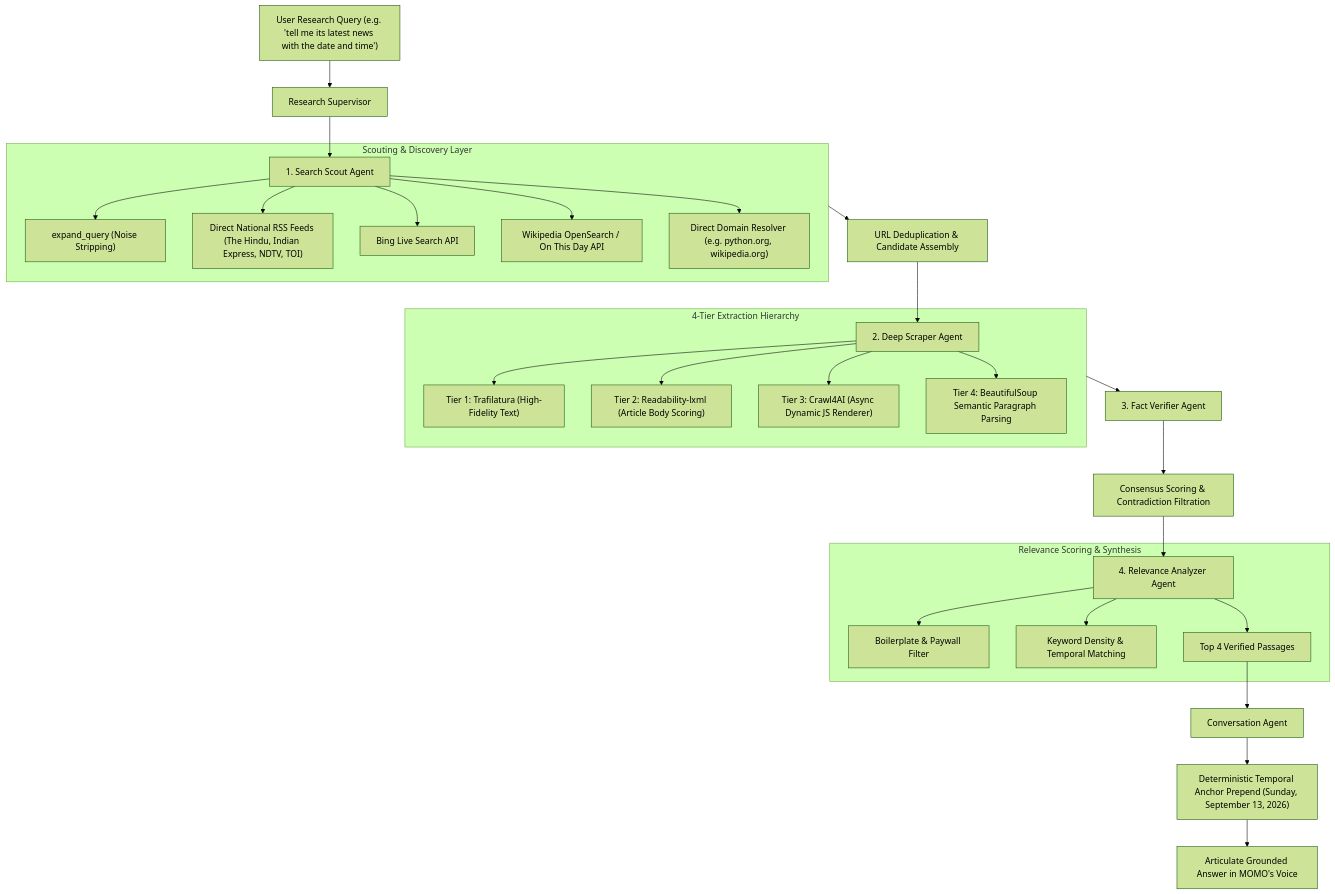
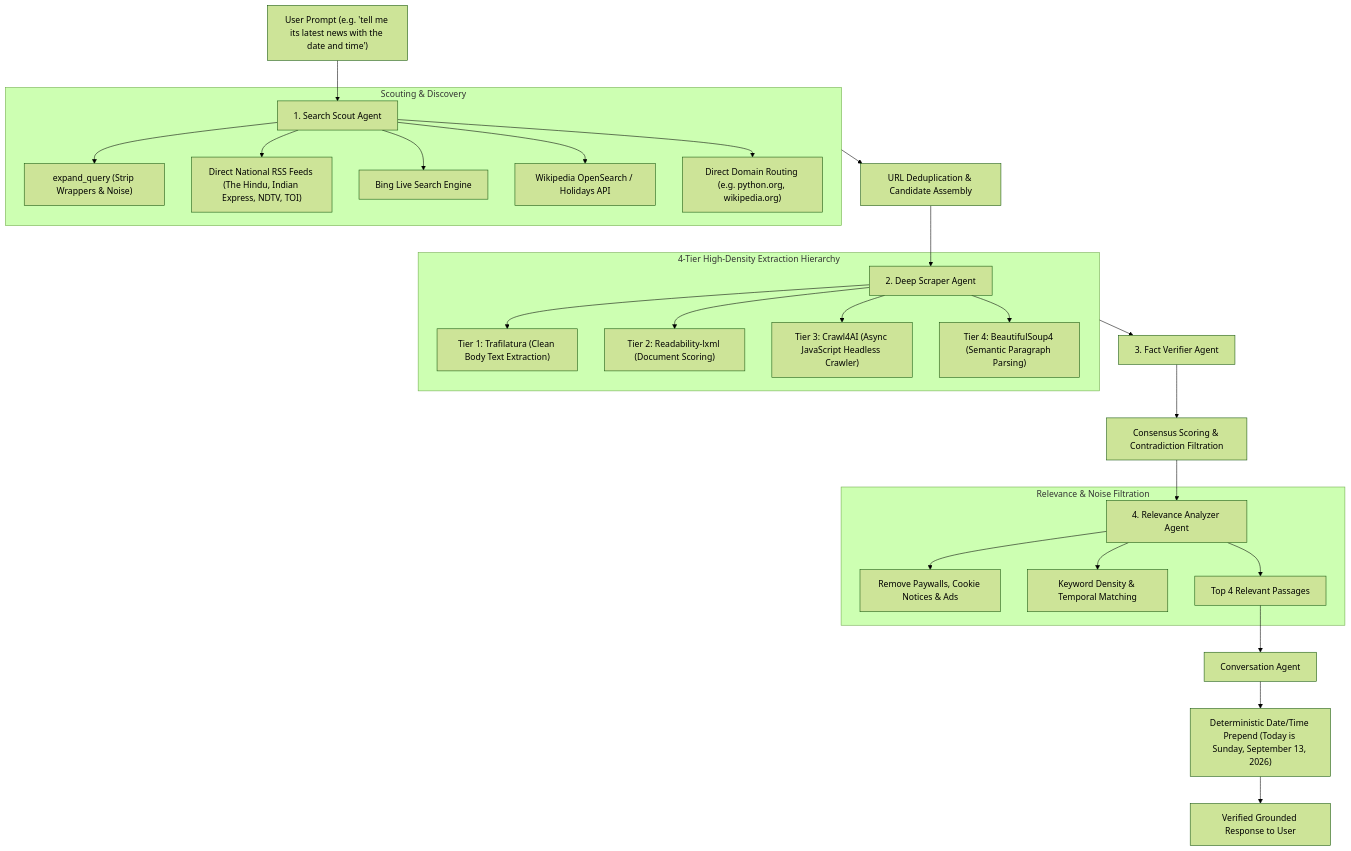
The sixth of 8 diagrams in README.md (sn740698-cell/Momo_tech), drawn with Mermaid (forest theme) before and after one commit. The commit also changed other lines of this file, not shown here.

Commit message:
docs(readme): document complete end-to-end 10-tier full-stack architecture with diagrams and sequence flow

````diff
--- a/README.md
+++ b/README.md
@@ -190,37 +397,36 @@
 ```mermaid
 flowchart TD
-    UserQuery["User Research Query (e.g. 'tell me its latest news with the date and time')"] --> ResearchSup["Research Supervisor"]
-    ResearchSup --> SearchScout["1. Search Scout Agent"]
-
-    subgraph MultiAngleScouting ["Scouting & Discovery Layer"]
-        SearchScout --> CleanQuery["expand_query (Noise Stripping)"]
-        SearchScout --> DirectRSS["Direct National RSS Feeds (The Hindu, Indian Express, NDTV, TOI)"]
-        SearchScout --> BingLive["Bing Live Search API"]
-        SearchScout --> WikiAPI["Wikipedia OpenSearch / On This Day API"]
-        SearchScout --> DirectDomain["Direct Domain Resolver (e.g. python.org, wikipedia.org)"]
+    UserQuery["User Prompt (e.g. 'tell me its latest news with the date and time')"] --> Scout["1. Search Scout Agent"]
+    
+    subgraph MultiSourceScout ["Scouting & Discovery"]
+        Scout --> QueryExp["expand_query (Strip Wrappers & Noise)"]
+        Scout --> DirectFeeds["Direct National RSS Feeds (The Hindu, Indian Express, NDTV, TOI)"]
+        Scout --> BingAPI["Bing Live Search Engine"]
+        Scout --> WikiAPI["Wikipedia OpenSearch / Holidays API"]
+        Scout --> DirectURL["Direct Domain Routing (e.g. python.org, wikipedia.org)"]
     end
 
-    MultiAngleScouting --> URLDedup["URL Deduplication & Candidate Assembly"]
-    URLDedup --> DeepScraper["2. Deep Scraper Agent"]
+    MultiSourceScout --> Dedup["URL Deduplication & Candidate Assembly"]
+    Dedup --> Scraper["2. Deep Scraper Agent"]
 
-    subgraph ExtractionHierarchy ["4-Tier Extraction Hierarchy"]
-        DeepScraper --> Trafilatura["Tier 1: Trafilatura (High-Fidelity Text)"]
-        DeepScraper --> Readability["Tier 2: Readability-lxml (Article Body Scoring)"]
-        DeepScraper --> Crawl4AI["Tier 3: Crawl4AI (Async Dynamic JS Renderer)"]
-        DeepScraper --> BS4["Tier 4: BeautifulSoup Semantic Paragraph Parsing"]
+    subgraph MultiTierScraper ["4-Tier High-Density Extraction Hierarchy"]
+        Scraper --> T1["Tier 1: Trafilatura (Clean Body Text Extraction)"]
+        Scraper --> T2["Tier 2: Readability-lxml (Document Scoring)"]
+        Scraper --> T3["Tier 3: Crawl4AI (Async JavaScript Headless Crawler)"]
+        Scraper --> T4["Tier 4: BeautifulSoup4 (Semantic Paragraph Parsing)"]
     end
 
-    ExtractionHierarchy --> FactVerifier["3. Fact Verifier Agent"]
-    FactVerifier --> ConsensusScore["Consensus Scoring & Contradiction Filtration"]
-    ConsensusScore --> RelevanceAnalyzer["4. Relevance Analyzer Agent"]
+    MultiTierScraper --> Verifier["3. Fact Verifier Agent"]
+    Verifier --> FactScoring["Consensus Scoring & Contradiction Filtration"]
+    FactScoring --> Relevance["4. Relevance Analyzer Agent"]
 
-    subgraph RelevanceScoring ["Relevance Scoring & Synthesis"]
-        RelevanceAnalyzer --> CleanNoise["Boilerplate & Paywall Filter"]
-        RelevanceAnalyzer --> DensityScore["Keyword Density & Temporal Matching"]
-        RelevanceAnalyzer --> TopPassages["Top 4 Verified Passages"]
+    subgraph RelevanceSelection ["Relevance & Noise Filtration"]
+        Relevance --> StripBoilerplate["Remove Paywalls, Cookie Notices & Ads"]
+        Relevance --> KeywordDensity["Keyword Density & Temporal Matching"]
+        Relevance --> KeyBulletPassages["Top 4 Relevant Passages"]
     end
 
-    TopPassages --> ConvAgent["Conversation Agent"]
-    ConvAgent --> TemporalPrepend["Deterministic Temporal Anchor Prepend (Sunday, September 13, 2026)"]
-    TemporalPrepend --> FinalAnswer["Articulate Grounded Answer in MOMO's Voice"]
+    KeyBulletPassages --> LLMConv["Conversation Agent"]
+    LLMConv --> DatePrepend["Deterministic Date/Time Prepend (Today is Sunday, September 13, 2026)"]
+    DatePrepend --> UserResponse["Verified Grounded Response to User"]
 ```
````
